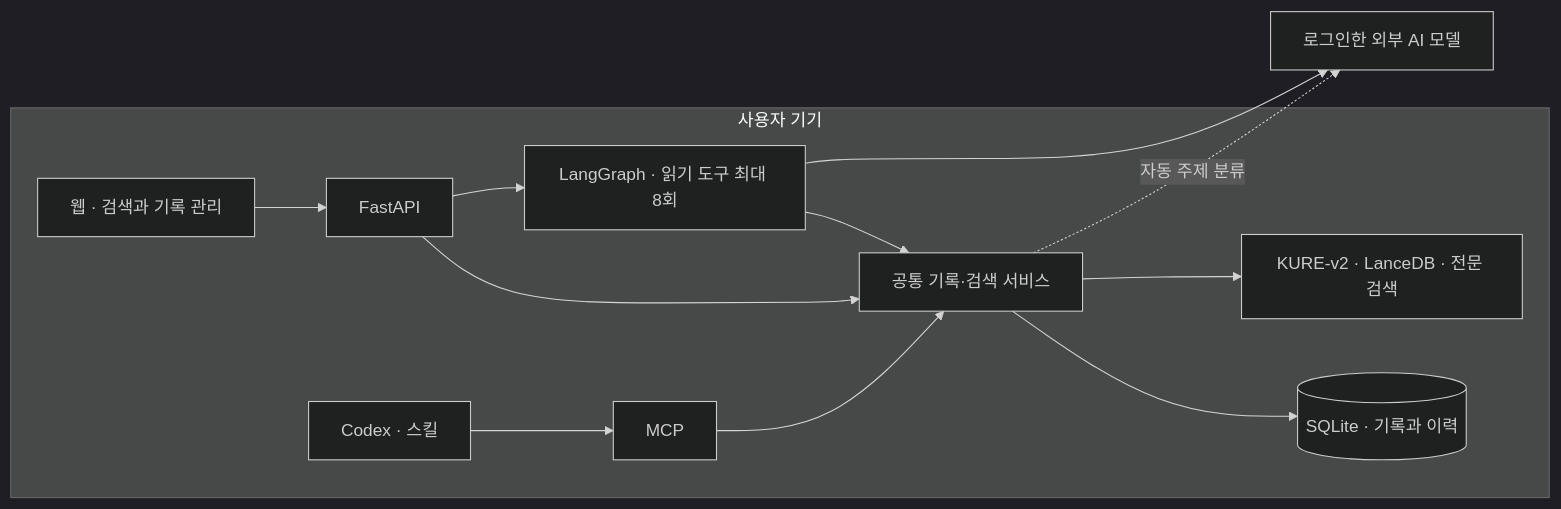
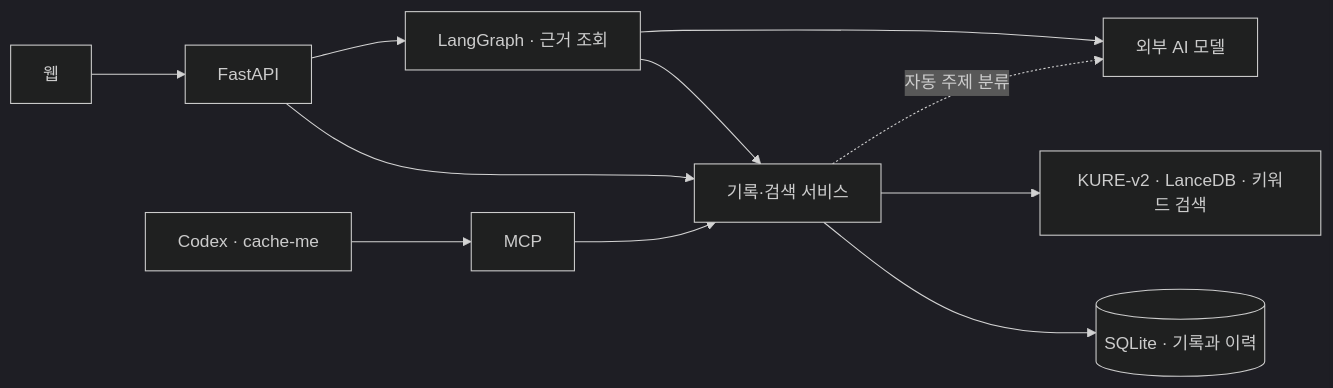
One commit to jhpark324/cache-me-if-you-can changed the diagram in docs/README.md. Above: the diagram before and after it, drawn with Mermaid (dark theme). The commit also changed other lines of this file and 290 other files, not shown here.

````diff
--- a/docs/README.md
+++ b/docs/README.md
@@ -147,15 +102,13 @@
 ```mermaid
 flowchart LR
-    subgraph Local["사용자 기기"]
-        Web["웹 · 검색과 기록 관리"] --> API["FastAPI"]
-        Codex["Codex · 스킬"] --> MCP["MCP"]
-        API --> Core["공통 기록·검색 서비스"]
-        MCP --> Core
-        Core --> SQLite[("SQLite · 기록과 이력")]
-        Core --> Search["KURE-v2 · LanceDB · 전문 검색"]
-        API --> Agent["LangGraph · 읽기 도구 최대 8회"]
-        Agent --> Core
-    end
-    Agent --> Model["로그인한 외부 AI 모델"]
-    Core -. "자동 주제 분류" .-> Model
+    Web[웹] --> API[FastAPI]
+    Codex[Codex · cache-me] --> MCP[MCP]
+    API --> Core[기록·검색 서비스]
+    MCP --> Core
+    Core --> DB[(SQLite · 기록과 이력)]
+    Core --> Search[KURE-v2 · LanceDB · 키워드 검색]
+    API --> Agent[LangGraph · 근거 조회]
+    Agent --> Core
+    Agent --> AI[외부 AI 모델]
+    Core -. 자동 주제 분류 .-> AI
 ```
````
